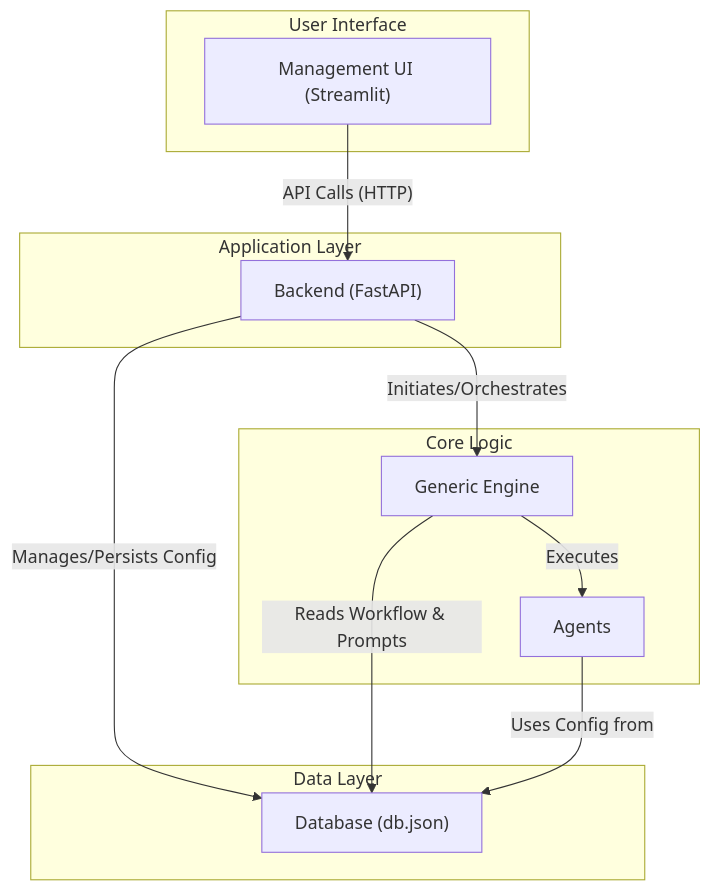
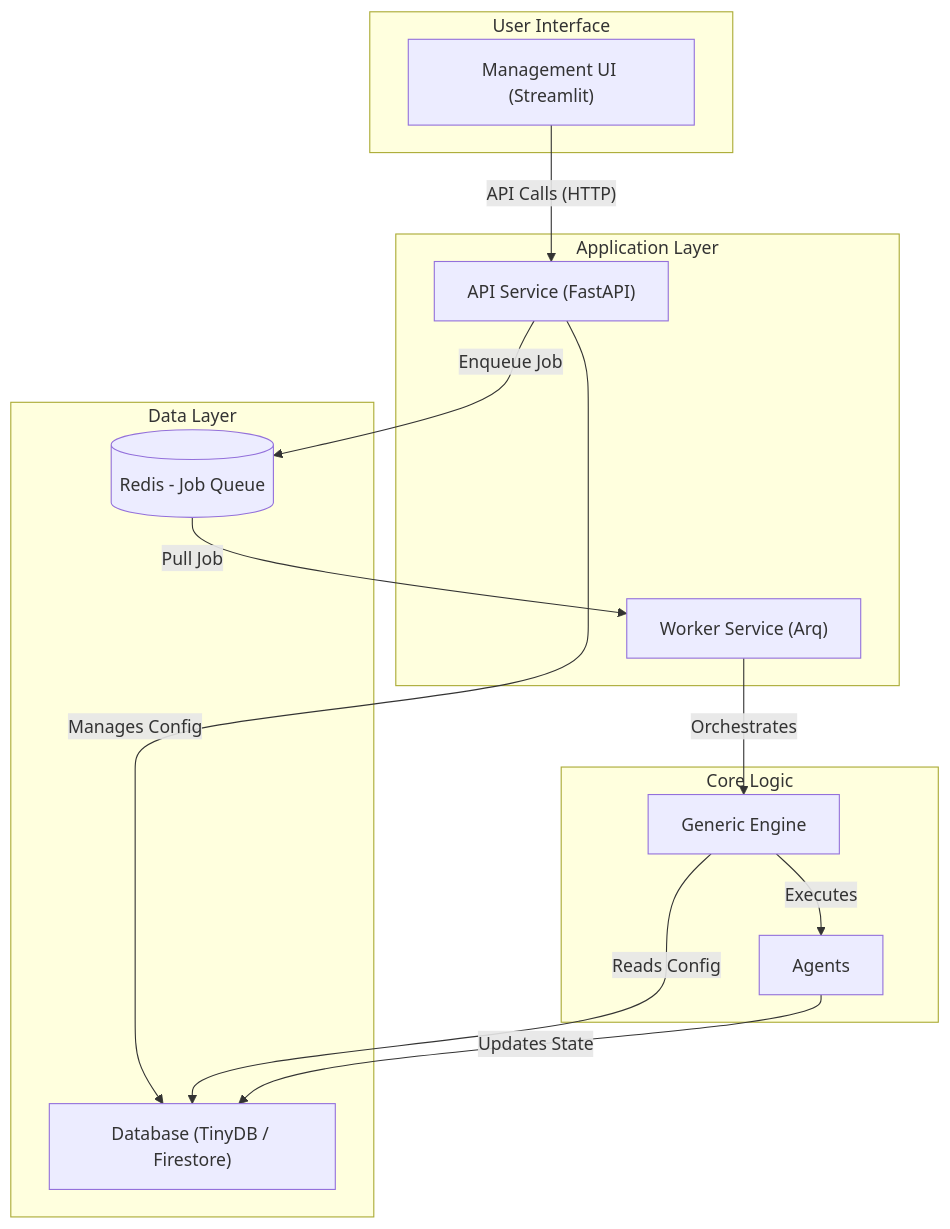
The diagram in docs/management_architecture.md (launis/quorum), drawn with Mermaid before and after one commit. The commit also changed other lines of this file and 159 other files, not shown here.

````diff
--- a/docs/management_architecture.md
+++ b/docs/management_architecture.md
@@ -11,23 +13,27 @@
 ```mermaid
 graph TD
     subgraph "User Interface"
         A["Management UI (Streamlit)"]
     end
     subgraph "Application Layer"
-        B["Backend (FastAPI)"]
+        B["API Service (FastAPI)"]
+        W["Worker Service (Arq)"]
     end
     subgraph "Core Logic"
         C["Generic Engine"]
         D["Agents"]
     end
     subgraph "Data Layer"
-        E["Database (db.json)"]
+        R[(Redis - Job Queue)]
+        E["Database (TinyDB / Firestore)"]
     end
 
     A -- API Calls (HTTP) --> B
-    B -- Manages/Persists Config --> E
-    B -- Initiates/Orchestrates --> C
-    C -- Reads Workflow & Prompts --> E
+    B -- Manages Config --> E
+    B -- Enqueue Job --> R
+    R -- Pull Job --> W
+    W -- Orchestrates --> C
+    C -- Reads Config --> E
     C -- Executes --> D
-    D -- Uses Config from --> E
+    D -- Updates State --> E
 ```
````
